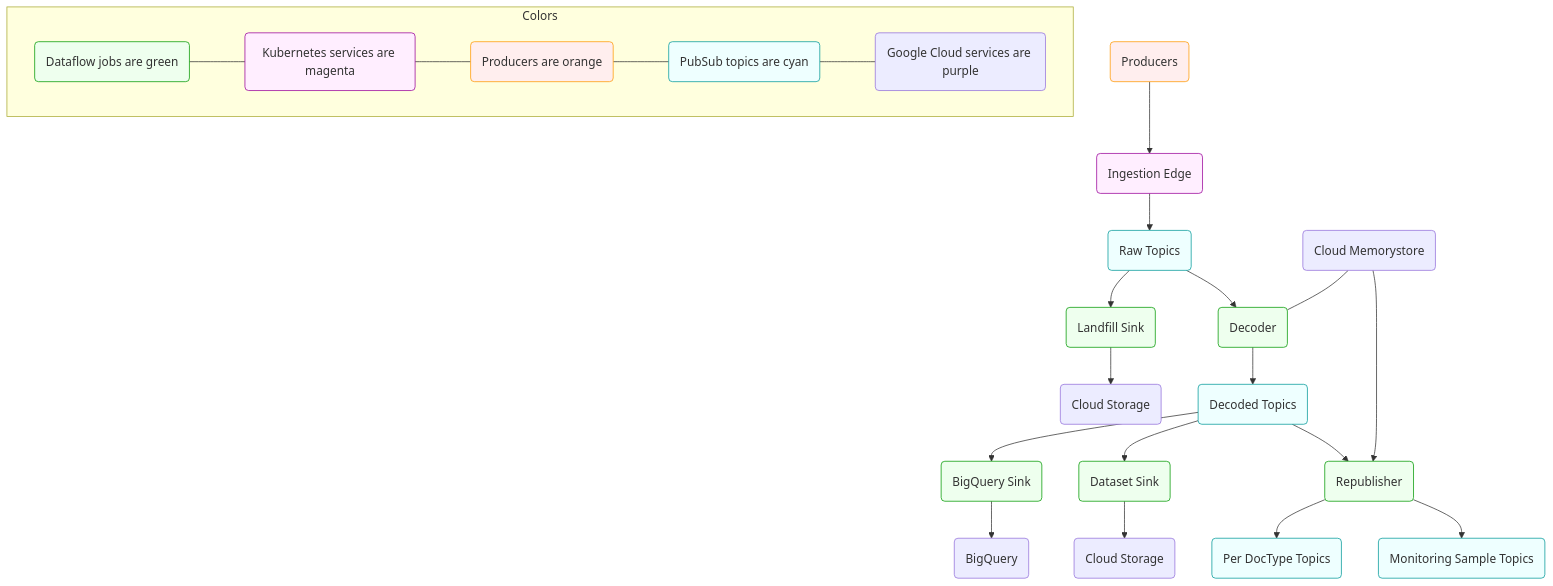
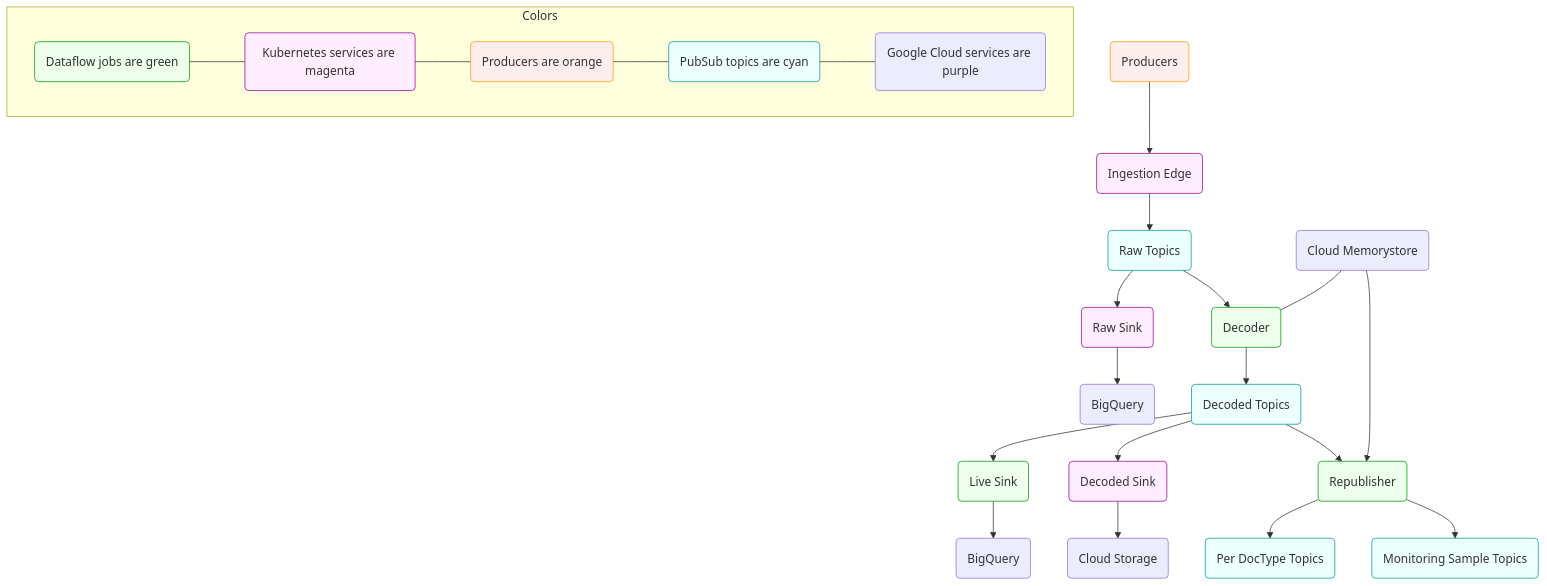
One commit to mozilla/gcp-ingestion changed the diagram in docs/architecture/diagram.mmd. Above: the diagram before and after it, drawn with Mermaid. The commit also changed 7 other files, not shown here.

```diff
--- a/docs/architecture/diagram.mmd
+++ b/docs/architecture/diagram.mmd
@@ -1,47 +1,47 @@
 %% To install the mmdc command run:
 %%   npm install -g mermaid.cli
 %% To update this file run:
 %%   mmdc -i diagram.mmd -o diagram.svg
 %% Or use the docker wrapper in this repo (from the top-level directory):
 %%   ./bin/update-diagrams
 
 graph TD
 
 f1(Producers) --> k1(Ingestion Edge)
 k1 --> p1(Raw Topics)
-p1 --> d1(Landfill Sink)
-d1 --> c1(Cloud Storage)
+p1 --> k2(Raw Sink)
+k2 --> c1(BigQuery)
 p1 --> d2(Decoder)
 m1(Cloud Memorystore) --- d2
 d2 --> p2(Decoded Topics)
-p2 --> d3(BigQuery Sink)
+p2 --> d3(Live Sink)
 d3 --> b1(BigQuery)
-p2 --> d4(Dataset Sink)
-d4 --> c2(Cloud Storage)
+p2 --> k3(Decoded Sink)
+k3 --> c2(Cloud Storage)
 p2 --> d5(Republisher)
 m1 --> d5
 d5 --> p5(Per DocType Topics)
 d5 --> p6(Monitoring Sample Topics)
 
 subgraph Colors
     d(Dataflow jobs are green)
     k(Kubernetes services are magenta)
     f(Producers are orange)
     p(PubSub topics are cyan)
     g(Google Cloud services are purple)
 
     %% connect them to make the key vertical
     d --- k
     k --- f
     f --- p
     p --- g
 end
 
 classDef cyan fill:#eff,stroke:#099;
 classDef green fill:#efe,stroke:#090;
 classDef magenta fill:#fef,stroke:#909;
 classDef orange fill:#fee,stroke:#f90;
 class p,p0,p1,p2,p3,p4,p5,p6 cyan
-class d,d0,d1,d2,d3,d4,d5 green
-class k,k0,k1 magenta
+class d,d0,d2,d3,d5 green
+class k,k0,k1,k2,k3 magenta
 class f,f1 orange
```
